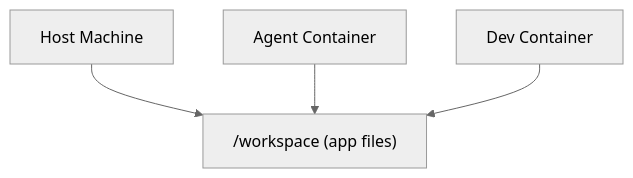
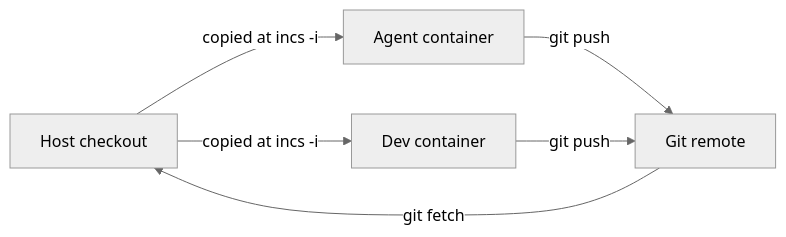
The first of 2 diagrams in README.md (MixTapeSoftware/agent_incus), drawn with Mermaid (neutral theme) before and after one commit. The commit also changed other lines of this file and 7 other files, not shown here.

````diff
--- a/README.md
+++ b/README.md
@@ -232,7 +229,8 @@
 ```mermaid
-graph TB
-    W["/workspace (app files)"]
-    H["Host Machine"] --> W
-    A["Agent Container"] --> W
-    D["Dev Container"] --> W
+graph LR
+    H["Host checkout"] -- "copied at incs -i" --> A["Agent container"]
+    H -- "copied at incs -i" --> D["Dev container"]
+    A -- "git push" --> R["Git remote"]
+    D -- "git push" --> R
+    R -- "git fetch" --> H
 ```
````
